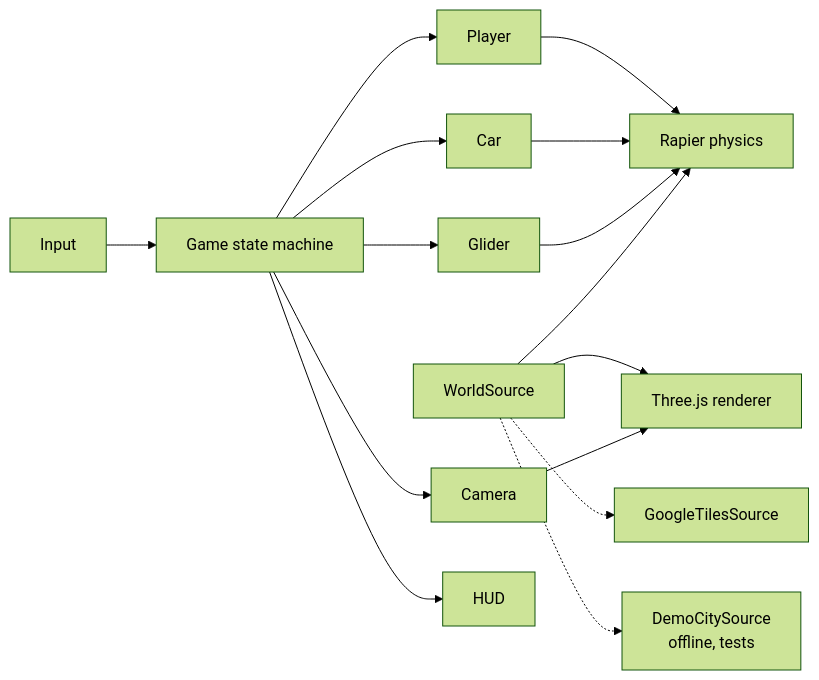
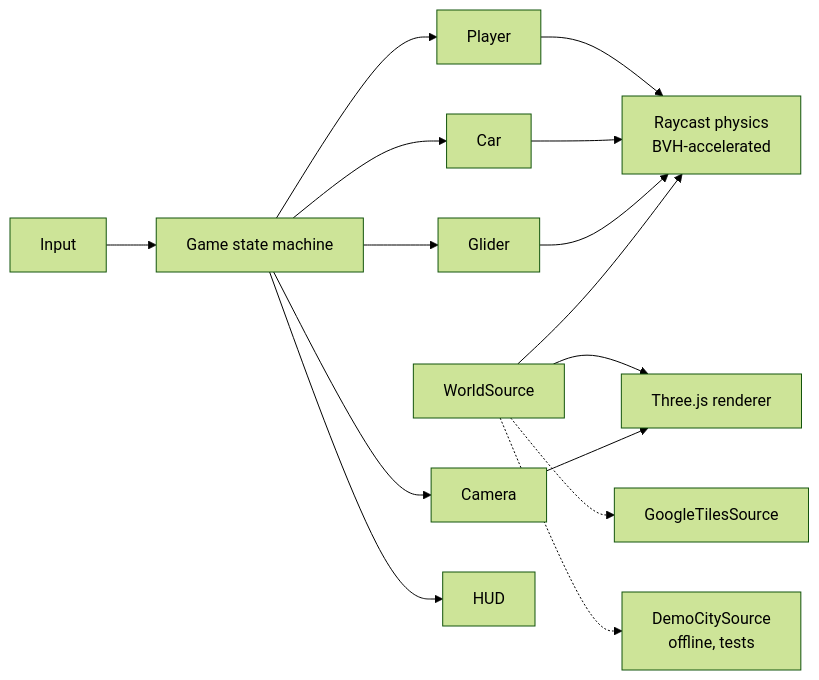
One commit to alexmunzon/manhattan-3d changed the diagram in README.md. Above: the diagram before and after it, drawn with Mermaid (forest theme). The commit also changed other lines of this file and 31 other files, not shown here.

````diff
--- a/README.md
+++ b/README.md
@@ -39,12 +44,12 @@
 ```mermaid
 flowchart LR
   Input --> State[Game state machine]
   State --> Player & Car & Glider
-  Player & Car & Glider --> Physics[Rapier physics]
+  Player & Car & Glider --> Physics[Raycast physics<br/>BVH-accelerated]
   World[WorldSource] --> Physics
   World --> Renderer[Three.js renderer]
   World -.-> Google[GoogleTilesSource]
   World -.-> Demo[DemoCitySource<br/>offline, tests]
   State --> Camera --> Renderer
   State --> HUD
 ```
````
